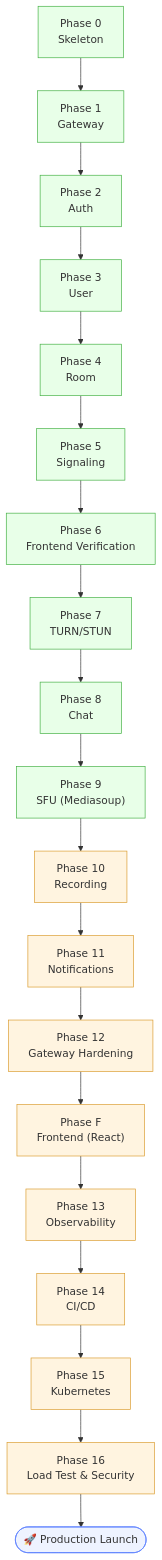
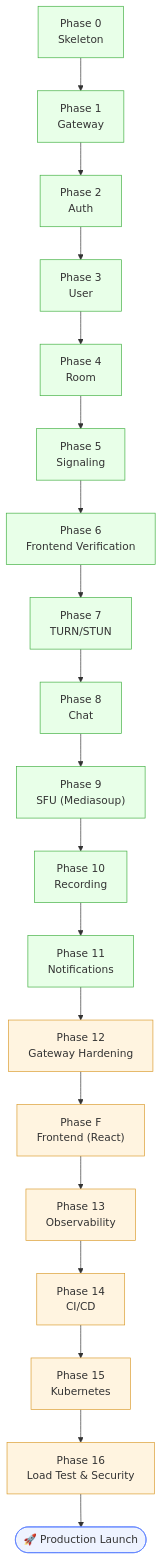
Before and after one commit to INDIAN-MEET/GOOGLE_MEET: the ninth of 9 diagrams in STEP.MD, drawn with Mermaid. The commit also changed other lines of this file and 3 other files, not shown here.

````diff
--- a/STEP.MD
+++ b/STEP.MD
@@ -371,41 +379,41 @@
 ```mermaid
 flowchart TD
     P0["Phase 0<br/>Skeleton"] --> P1["Phase 1<br/>Gateway"]
     P1 --> P2["Phase 2<br/>Auth"]
     P2 --> P3["Phase 3<br/>User"]
     P3 --> P4["Phase 4<br/>Room"]
     P4 --> P5["Phase 5<br/>Signaling"]
     P5 --> P6["Phase 6<br/>Frontend Verification"]
     P6 --> P7["Phase 7<br/>TURN/STUN"]
     P7 --> P8["Phase 8<br/>Chat"]
     P8 --> P9["Phase 9<br/>SFU (Mediasoup)"]
     P9 --> P10["Phase 10<br/>Recording"]
     P10 --> P11["Phase 11<br/>Notifications"]
     P11 --> P12["Phase 12<br/>Gateway Hardening"]
     P12 --> PF["Phase F<br/>Frontend (React)"]
     PF --> P13["Phase 13<br/>Observability"]
     P13 --> P14["Phase 14<br/>CI/CD"]
     P14 --> P15["Phase 15<br/>Kubernetes"]
     P15 --> P16["Phase 16<br/>Load Test & Security"]
     P16 --> Launch(["🚀 Production Launch"])
 
     style P0 fill:#e8ffe8,stroke:#3fae3f
     style P1 fill:#e8ffe8,stroke:#3fae3f
     style P2 fill:#e8ffe8,stroke:#3fae3f
     style P3 fill:#e8ffe8,stroke:#3fae3f
     style P4 fill:#e8ffe8,stroke:#3fae3f
     style P5 fill:#e8ffe8,stroke:#3fae3f
     style P6 fill:#e8ffe8,stroke:#3fae3f
     style P7 fill:#e8ffe8,stroke:#3fae3f
     style P8 fill:#e8ffe8,stroke:#3fae3f
     style P9 fill:#e8ffe8,stroke:#3fae3f
-    style P10 fill:#fff4e0,stroke:#d99a2b
-    style P11 fill:#fff4e0,stroke:#d99a2b
+    style P10 fill:#e8ffe8,stroke:#3fae3f
+    style P11 fill:#e8ffe8,stroke:#3fae3f
     style P12 fill:#fff4e0,stroke:#d99a2b
     style PF fill:#fff4e0,stroke:#d99a2b
     style P13 fill:#fff4e0,stroke:#d99a2b
     style P14 fill:#fff4e0,stroke:#d99a2b
     style P15 fill:#fff4e0,stroke:#d99a2b
     style P16 fill:#fff4e0,stroke:#d99a2b
     style Launch fill:#eef3ff,stroke:#5b7fff
 ```
````
